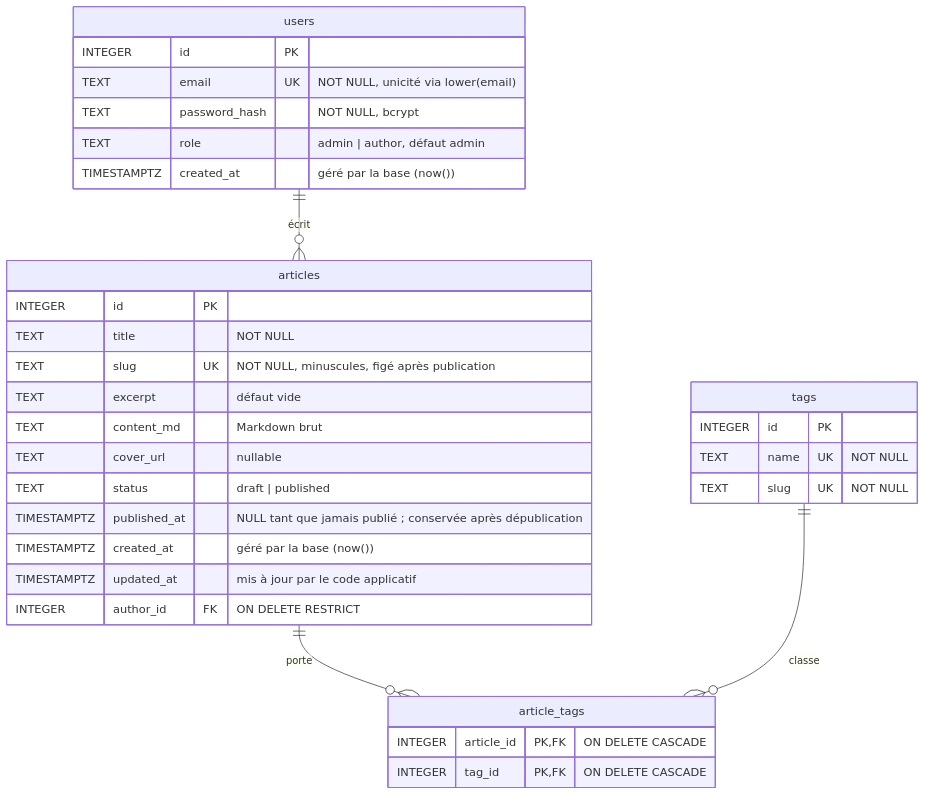
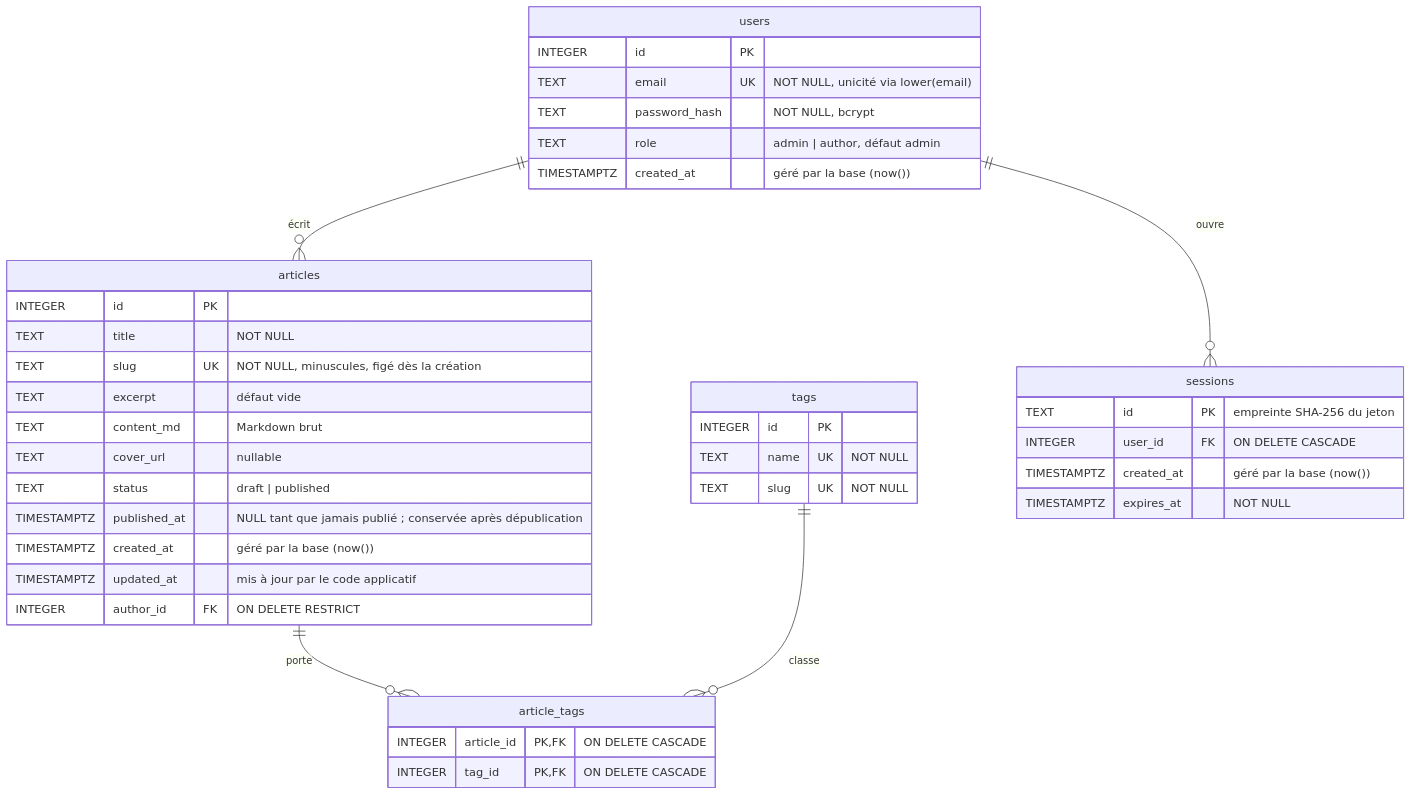
One commit to jean-eudes0/blog changed the diagram in docs/database.md. Above: the diagram before and after it, drawn with Mermaid. The commit also changed other lines of this file and 16 other files, not shown here.

````diff
--- a/docs/database.md
+++ b/docs/database.md
@@ -7,39 +7,48 @@
 ```mermaid
 erDiagram
     users ||--o{ articles : "écrit"
     articles ||--o{ article_tags : "porte"
     tags ||--o{ article_tags : "classe"
 
     users {
         INTEGER id PK
         TEXT email UK "NOT NULL, unicité via lower(email)"
         TEXT password_hash "NOT NULL, bcrypt"
         TEXT role "admin | author, défaut admin"
         TIMESTAMPTZ created_at "géré par la base (now())"
     }
 
     articles {
         INTEGER id PK
         TEXT title "NOT NULL"
-        TEXT slug UK "NOT NULL, minuscules, figé après publication"
+        TEXT slug UK "NOT NULL, minuscules, figé dès la création"
         TEXT excerpt "défaut vide"
         TEXT content_md "Markdown brut"
         TEXT cover_url "nullable"
         TEXT status "draft | published"
         TIMESTAMPTZ published_at "NULL tant que jamais publié ; conservée après dépublication"
         TIMESTAMPTZ created_at "géré par la base (now())"
         TIMESTAMPTZ updated_at "mis à jour par le code applicatif"
         INTEGER author_id FK "ON DELETE RESTRICT"
     }
 
     tags {
         INTEGER id PK
         TEXT name UK "NOT NULL"
         TEXT slug UK "NOT NULL"
     }
 
     article_tags {
         INTEGER article_id PK, FK "ON DELETE CASCADE"
         INTEGER tag_id PK, FK "ON DELETE CASCADE"
     }
+
+        users ||--o{ sessions : "ouvre"
+
+    sessions {
+        TEXT id PK "empreinte SHA-256 du jeton"
+        INTEGER user_id FK "ON DELETE CASCADE"
+        TIMESTAMPTZ created_at "géré par la base (now())"
+        TIMESTAMPTZ expires_at "NOT NULL"
+    }
 ```
````
